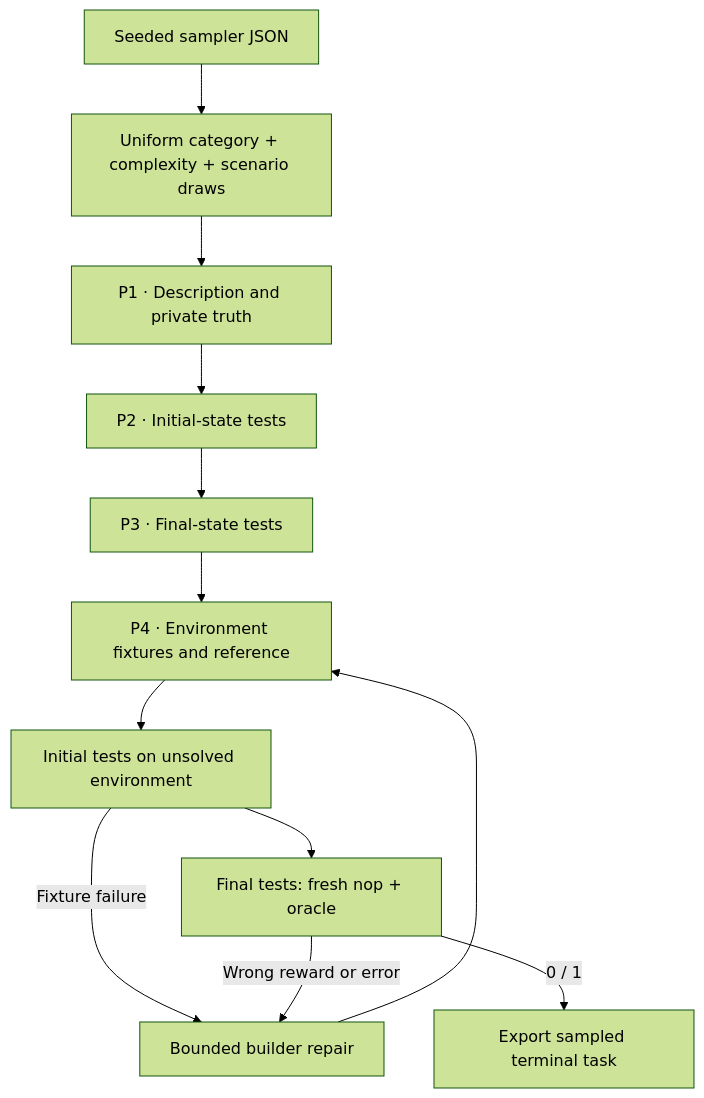
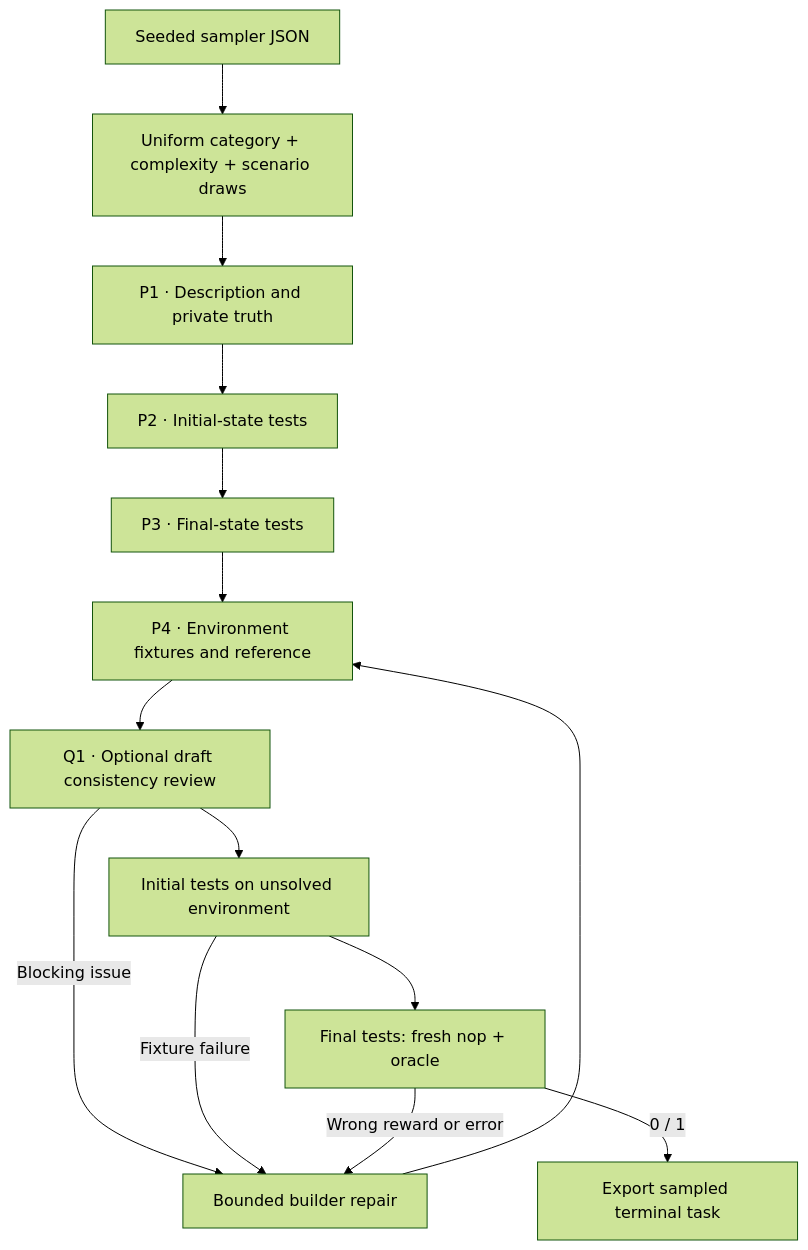
The diagram in docs/pipelines/endless_terminals.md (huggingface/Repo2RLEnv), drawn with Mermaid (forest theme) before and after one commit. The commit also changed other lines of this file and 70 other files, not shown here.

````diff
--- a/docs/pipelines/endless_terminals.md
+++ b/docs/pipelines/endless_terminals.md
@@ -9,14 +9,16 @@
 ```mermaid
 flowchart TD
   S["Seeded sampler JSON"] --> A["Uniform category + complexity + scenario draws"]
   A --> P1["P1 · Description and private truth"]
   P1 --> P2["P2 · Initial-state tests"]
   P2 --> P3["P3 · Final-state tests"]
   P3 --> P4["P4 · Environment fixtures and reference"]
-  P4 --> I["Initial tests on unsolved environment"]
+  P4 --> Q["Q1 · Optional draft consistency review"]
+  Q --> I["Initial tests on unsolved environment"]
+  Q -->|"Blocking issue"| F
   I --> R["Final tests: fresh nop + oracle"]
   I -->|"Fixture failure"| F["Bounded builder repair"]
   R -->|"Wrong reward or error"| F
   F --> P4
   R -->|"0 / 1"| H["Export sampled terminal task"]
 ```
````
